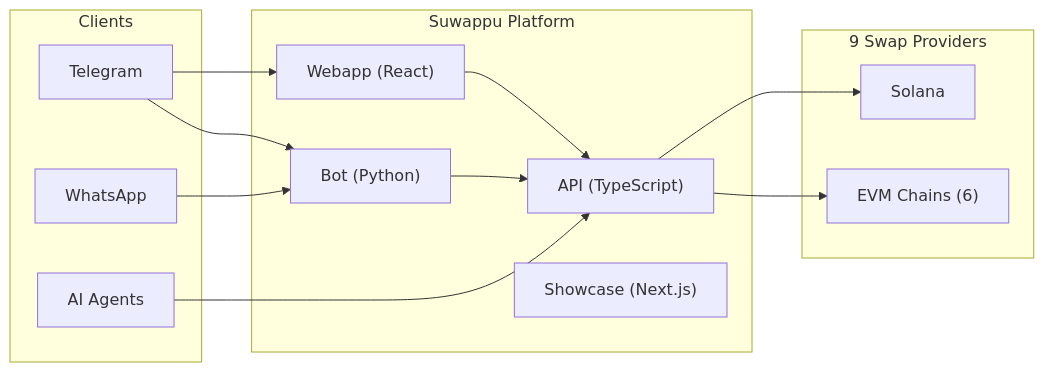
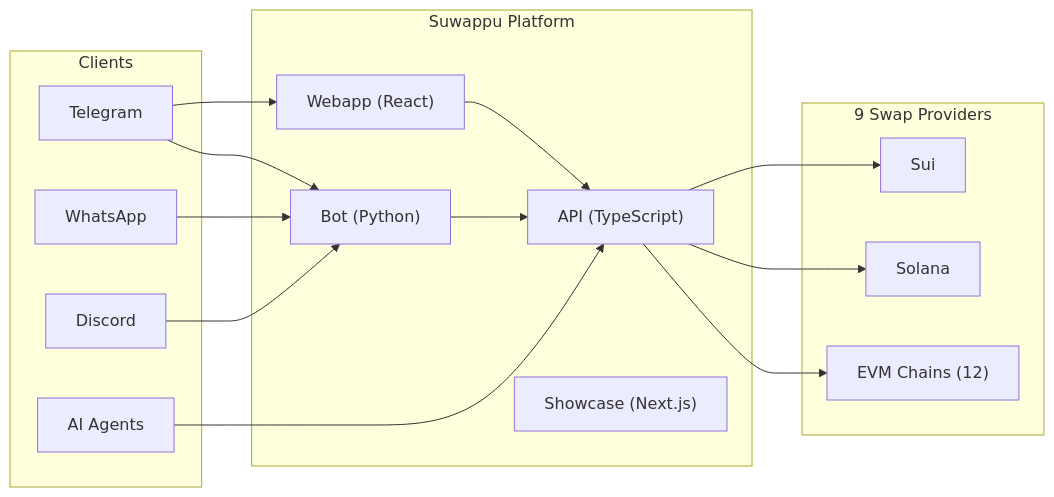
Before and after one commit to 0xSoftBoi/suwappubot: the first of 7 diagrams in README.md, drawn with Mermaid. The commit also changed other lines of this file, not shown here.

Commit message:
docs: update README with Phase 1-4 features, 15 chains, and expanded architecture

````diff
--- a/README.md
+++ b/README.md
@@ -10,27 +10,30 @@
 ```mermaid
 flowchart LR
     subgraph Clients["Clients"]
         TG["Telegram"]
         WA["WhatsApp"]
+        DC["Discord"]
         AI["AI Agents"]
     end
 
     subgraph Suwappu["Suwappu Platform"]
         Bot["Bot (Python)"]
         API["API (TypeScript)"]
         Web["Webapp (React)"]
         SC["Showcase (Next.js)"]
     end
 
     subgraph Providers["9 Swap Providers"]
-        EVM["EVM Chains (6)"]
+        EVM["EVM Chains (12)"]
         SOL["Solana"]
+        SUI["Sui"]
     end
 
     TG --> Bot & Web
     WA --> Bot
+    DC --> Bot
     AI --> API
     Bot --> API
     Web --> API
-    API --> EVM & SOL
+    API --> EVM & SOL & SUI
 ```
````
